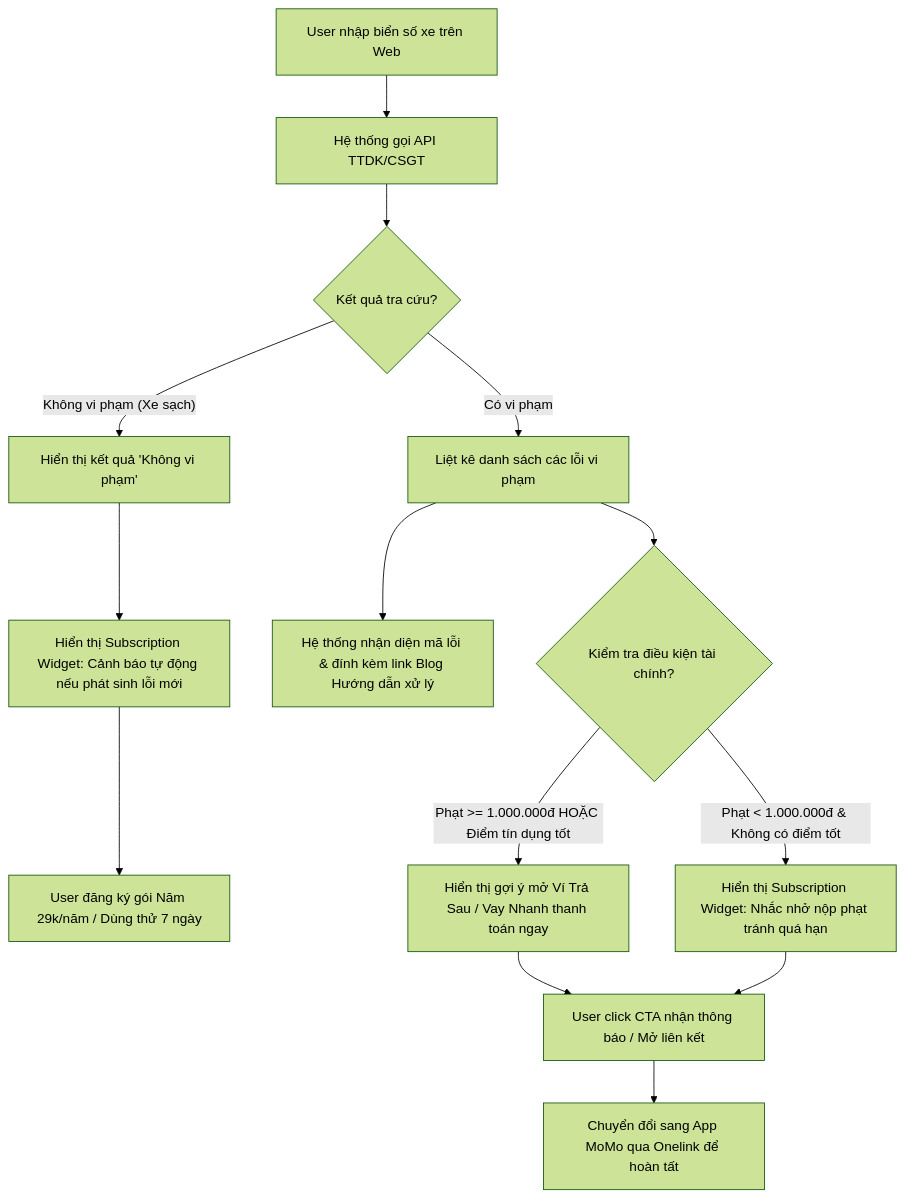
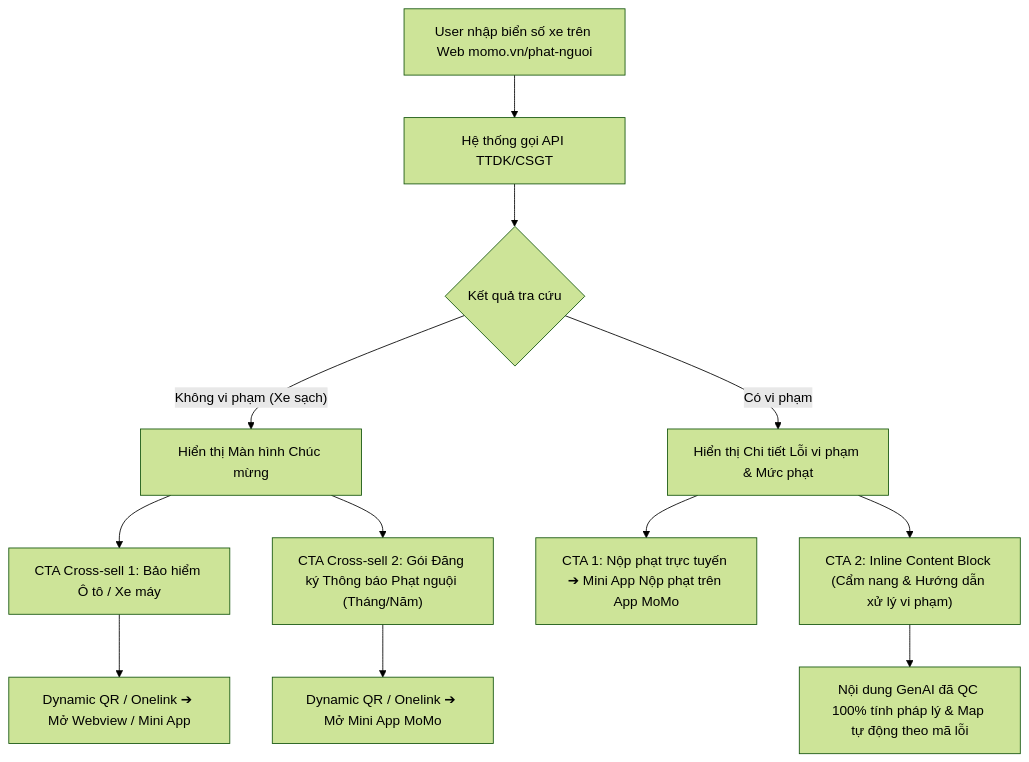
Before and after one commit to vanhien26/hienho-knowledgebase: the first of 2 diagrams in 06_USE_CASE_MOMO/phat-nguoi-brd.md, drawn with Mermaid (forest theme). The commit also changed other lines of this file and 356 other files, not shown here.

````diff
--- a/06_USE_CASE_MOMO/phat-nguoi-brd.md
+++ b/06_USE_CASE_MOMO/phat-nguoi-brd.md
@@ -99,20 +167,16 @@
 ```mermaid
 flowchart TD
-    Start[User nhập biển số xe trên Web] --> Query[Hệ thống gọi API TTDK/CSGT]
-    Query --> Result{Kết quả tra cứu?}
-    
-    Result -- Không vi phạm (Xe sạch) --> CleanScreen[Hiển thị kết quả 'Không vi phạm']
-    CleanScreen --> CleanWidget[Hiển thị Subscription Widget: Cảnh báo tự động nếu phát sinh lỗi mới]
-    CleanWidget --> SubscribeClean[User đăng ký gói Năm 29k/năm / Dùng thử 7 ngày]
-    
-    Result -- Có vi phạm --> ViolateScreen[Liệt kê danh sách các lỗi vi phạm]
-    ViolateScreen --> MapBlog[Hệ thống nhận diện mã lỗi & đính kèm link Blog Hướng dẫn xử lý]
-    ViolateScreen --> CheckFinance{Kiểm tra điều kiện tài chính?}
-    
-    CheckFinance -- Phạt >= 1.000.000đ HOẶC Điểm tín dụng tốt --> SuggestFinance[Hiển thị gợi ý mở Ví Trả Sau / Vay Nhanh thanh toán ngay]
-    CheckFinance -- Phạt < 1.000.000đ & Không có điểm tốt --> SuggestNormal[Hiển thị Subscription Widget: Nhắc nhở nộp phạt tránh quá hạn]
-    
-    SuggestFinance --> CTA[User click CTA nhận thông báo / Mở liên kết]
-    SuggestNormal --> CTA
-    CTA --> W2A[Chuyển đổi sang App MoMo qua Onelink để hoàn tất]
+    Start["User nhập biển số xe trên Web momo.vn/phat-nguoi"] --> Query["Hệ thống gọi API TTDK/CSGT"]
+    Query --> Result{"Kết quả tra cứu"}
+
+    Result -- "Không vi phạm (Xe sạch)" --> CleanScreen["Hiển thị Màn hình Chúc mừng"]
+    CleanScreen --> CrossSell1["CTA Cross-sell 1: Bảo hiểm Ô tô / Xe máy"]
+    CleanScreen --> CrossSell2["CTA Cross-sell 2: Gói Đăng ký Thông báo Phạt nguội (Tháng/Năm)"]
+    CrossSell1 --> QR1["Dynamic QR / Onelink ➔ Mở Webview / Mini App"]
+    CrossSell2 --> QR2["Dynamic QR / Onelink ➔ Mở Mini App MoMo"]
+
+    Result -- "Có vi phạm" --> ViolateScreen["Hiển thị Chi tiết Lỗi vi phạm & Mức phạt"]
+    ViolateScreen --> CTA1["CTA 1: Nộp phạt trực tuyến ➔ Mini App Nộp phạt trên App MoMo"]
+    ViolateScreen --> CTA2["CTA 2: Inline Content Block (Cẩm nang & Hướng dẫn xử lý vi phạm)"]
+    CTA2 --> QC["Nội dung GenAI đã QC 100% tính pháp lý & Map tự động theo mã lỗi"]
 ```
````
